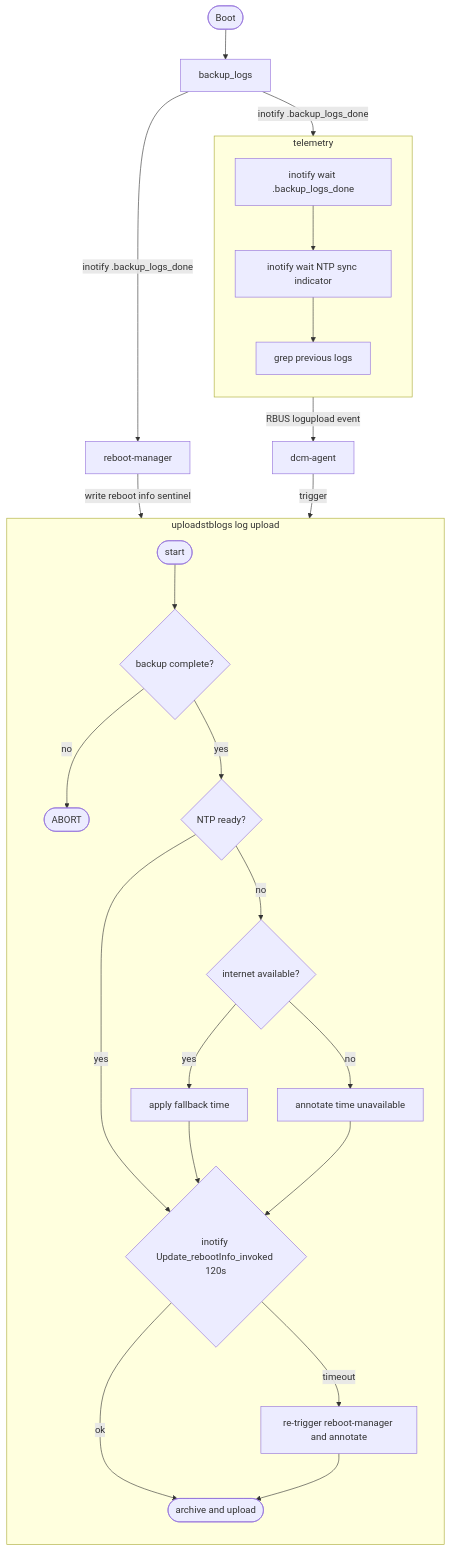
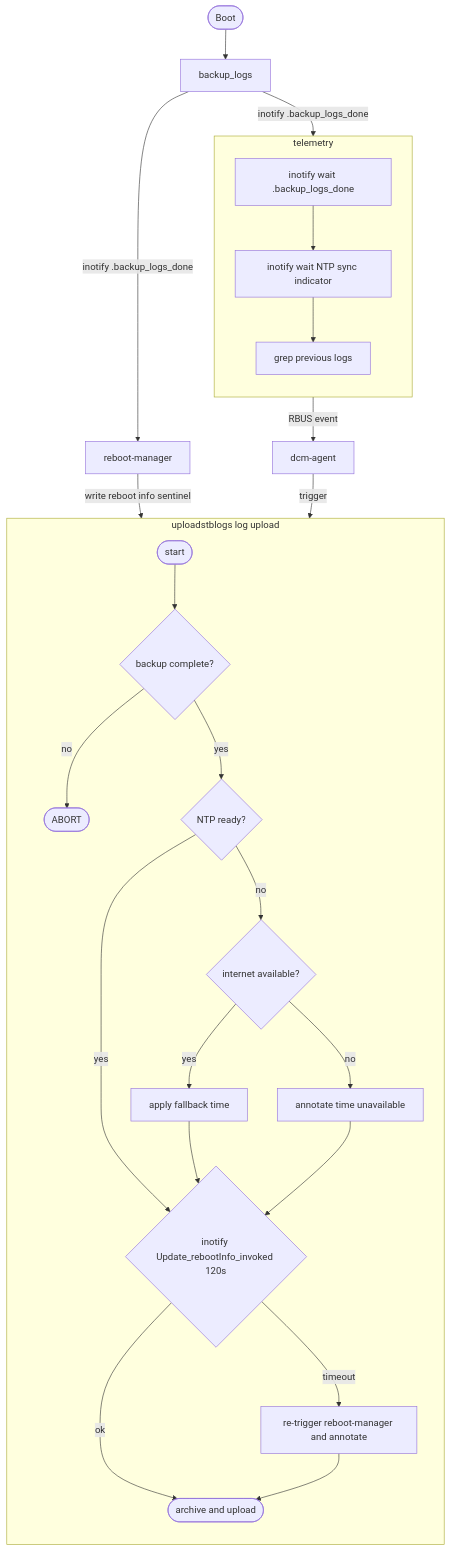
The second of 2 diagrams in stateanalysis.md (rdkcentral/dcm-agent), drawn with Mermaid before and after one commit.

````diff
--- a/stateanalysis.md
+++ b/stateanalysis.md
@@ -46,37 +46,37 @@
 ```mermaid
 flowchart TB
     BOOT([Boot])
 
     BOOT --> BL[backup_logs]
 
     BL -->|inotify .backup_logs_done| RM[reboot-manager]
     BL -->|inotify .backup_logs_done| TEL_BL
 
     RM  -->|write reboot info sentinel| W
 
     subgraph TEL [telemetry]
         direction TB
         TEL_BL[inotify wait .backup_logs_done] --> TEL_NTP[inotify wait NTP sync indicator]
         TEL_NTP --> TEL_GREP[grep previous logs]
     end
 
-    TEL_GREP -->|RBUS logupload event| DCM[dcm-agent]
+    TEL_GREP -->|RBUS event| DCM[dcm-agent]
 
     subgraph UL [uploadstblogs log upload]
         direction TB
         S([start]) --> G1{"backup complete?"}
         G1 -- no  --> ABORT([ABORT])
         G1 -- yes --> G2{"NTP ready?"}
         G2 -- yes --> W{"inotify Update_rebootInfo_invoked 120s"}
         G2 -- no  --> G3{"internet available?"}
         G3 -- yes --> FALLBACK[apply fallback time]
         G3 -- no  --> ANNOT[annotate time unavailable]
         FALLBACK --> W
         ANNOT --> W
         W -- ok      --> DONE([archive and upload])
         W -- timeout --> TRIG[re-trigger reboot-manager and annotate]
         TRIG --> DONE
     end
 
     DCM -->|trigger| S
 ```
````
